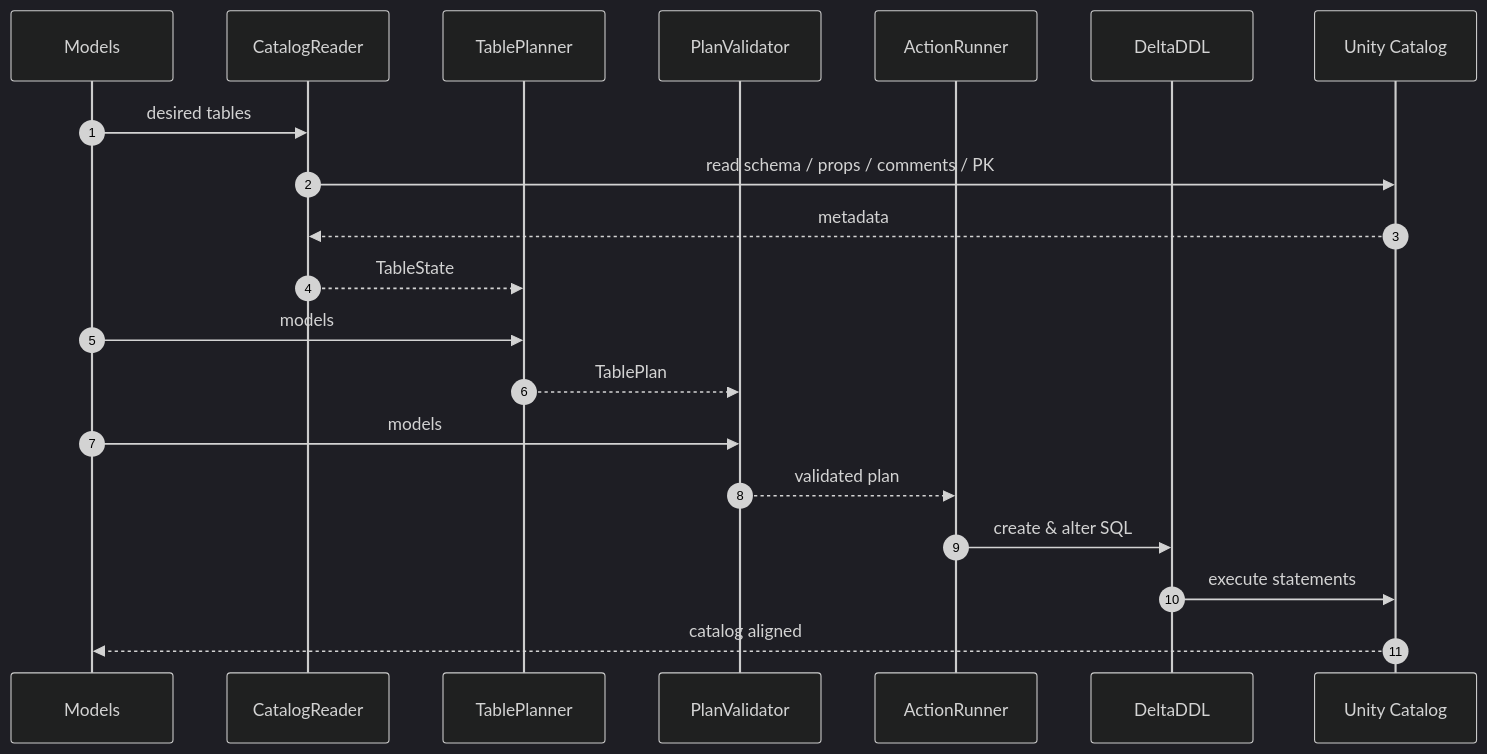
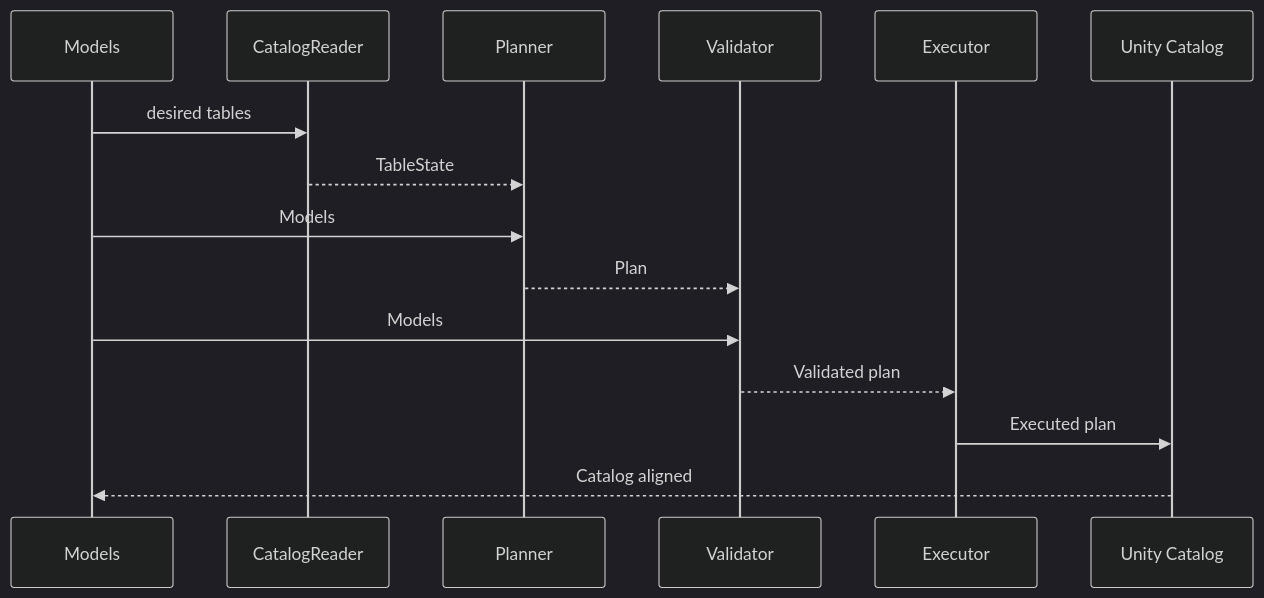
The second of 2 diagrams in docs/delta_engine.md (Tomoscorbin/ETL-framework), drawn with Mermaid (dark theme) before and after one commit. The commit also changed other lines of this file, not shown here.

````diff
--- a/docs/delta_engine.md
+++ b/docs/delta_engine.md
@@ -58,24 +33,19 @@
 ```mermaid
 sequenceDiagram
-  autonumber
   participant M as Models
   participant R as CatalogReader
-  participant P as TablePlanner
-  participant V as PlanValidator
-  participant A as ActionRunner
-  participant D as DeltaDDL
+  participant P as Planner
+  participant V as Validator
+  participant E as Executor
   participant UC as Unity Catalog
 
   M->>R: desired tables
-  R->>UC: read schema / props / comments / PK
-  UC-->>R: metadata
   R-->>P: TableState
-  M->>P: models
-  P-->>V: TablePlan
-  M->>V: models
-  V-->>A: validated plan
-  A->>D: create & alter SQL
-  D->>UC: execute statements
-  UC-->>M: catalog aligned
+  M->>P: Models
+  P-->>V: Plan
+  M->>V: Models
+  V-->>E: Validated plan
+  E->>UC: Executed plan
+  UC-->>M: Catalog aligned
 
 ```
````
